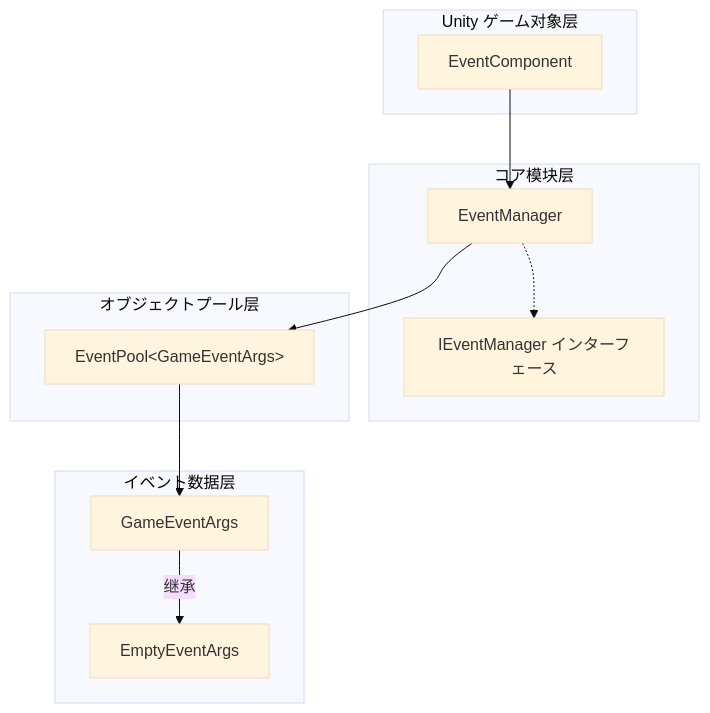
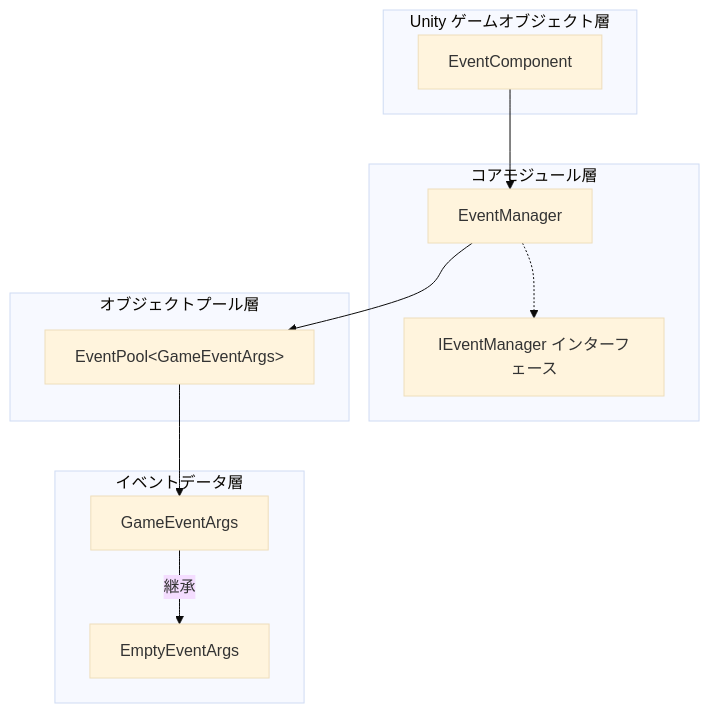
Before and after one commit to AlianBlank/GameFrameX.Docs: the first of 3 diagrams in docs/ja/client/unity/component/event/01.overview.md, drawn with Mermaid (base theme). The commit also changed other lines of this file and 320 other files, not shown here.

````diff
--- a/docs/ja/client/unity/component/event/01.overview.md
+++ b/docs/ja/client/unity/component/event/01.overview.md
@@ -26,26 +26,26 @@
 ```mermaid
 graph TD
-    subgraph GameObject["Unity ゲーム对象层"]
+    subgraph GameObject["Unity ゲームオブジェクト層"]
         EC[EventComponent]
     end
 
-    subgraph Core["コア模块层"]
+    subgraph Core["コアモジュール層"]
         EM[EventManager]
         IE[IEventManager インターフェース]
     end
 
-    subgraph Pool["オブジェクトプール层"]
+    subgraph Pool["オブジェクトプール層"]
         EP[EventPool&lt;GameEventArgs&gt;]
     end
 
-    subgraph EventArgs["イベント数据层"]
+    subgraph EventArgs["イベントデータ層"]
         GEA[GameEventArgs]
         EEA[EmptyEventArgs]
     end
 
     EC --> EM
     EM -.-> IE
     EM --> EP
     EP --> GEA
-    GEA -->|继承| EEA
+    GEA -->|継承| EEA
 ```
````
